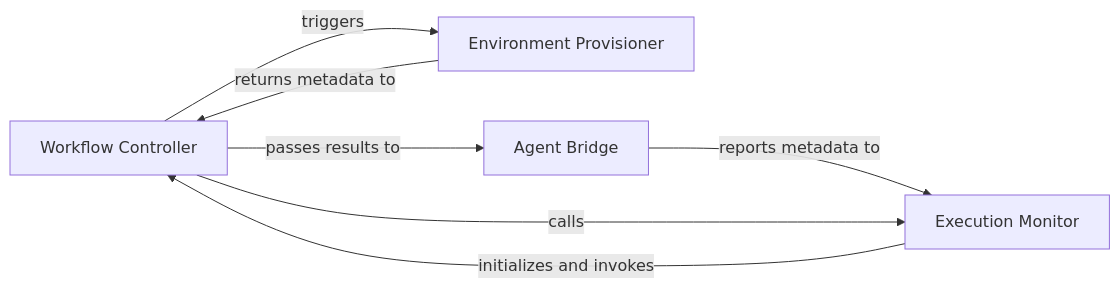
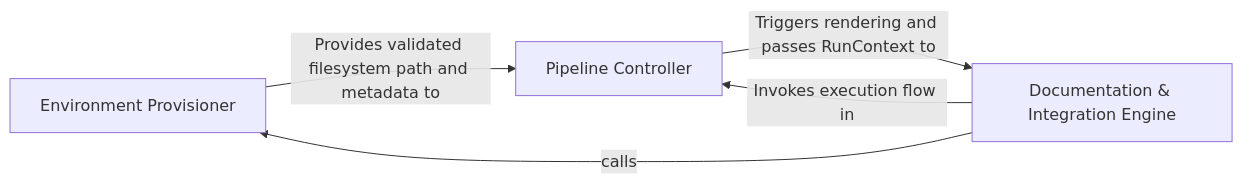
The diagram in .codeboarding/Pipeline_Orchestrator.md (CodeBoarding/CodeBoarding), drawn with Mermaid before and after one commit. The commit also changed other lines of this file and 38 other files, not shown here.

Commit message:
chore(codeboarding): sync architecture baseline

````diff
--- a/.codeboarding/Pipeline_Orchestrator.md
+++ b/.codeboarding/Pipeline_Orchestrator.md
@@ -1,13 +1,13 @@
 ```mermaid
 graph LR
-    Workflow_Controller["Workflow Controller"]
-    Execution_Monitor["Execution Monitor"]
     Environment_Provisioner["Environment Provisioner"]
-    Agent_Bridge["Agent Bridge"]
-    Execution_Monitor -- "initializes and invokes" --> Workflow_Controller
-    Workflow_Controller -- "triggers" --> Environment_Provisioner
-    Environment_Provisioner -- "returns metadata to" --> Workflow_Controller
-    Workflow_Controller -- "passes results to" --> Agent_Bridge
-    Agent_Bridge -- "reports metadata to" --> Execution_Monitor
-    Workflow_Controller -- "calls" --> Execution_Monitor
+    Pipeline_Controller["Pipeline Controller"]
+    Documentation_Integration_Engine["Documentation & Integration Engine"]
+    Environment_Provisioner -- "Provides validated filesystem path and metadata to" --> Pipeline_Controller
+    Pipeline_Controller -- "Triggers rendering and passes RunContext to" --> Documentation_Integration_Engine
+    Documentation_Integration_Engine -- "Invokes execution flow in" --> Pipeline_Controller
+    Documentation_Integration_Engine -- "calls" --> Environment_Provisioner
+    click Environment_Provisioner href "https://github.com/CodeBoarding/CodeBoarding/blob/main/.codeboarding/Environment_Provisioner.md" "Details"
+    click Pipeline_Controller href "https://github.com/CodeBoarding/CodeBoarding/blob/main/.codeboarding/Pipeline_Controller.md" "Details"
+    click Documentation_Integration_Engine href "https://github.com/CodeBoarding/CodeBoarding/blob/main/.codeboarding/Documentation_Integration_Engine.md" "Details"
 ```
````
